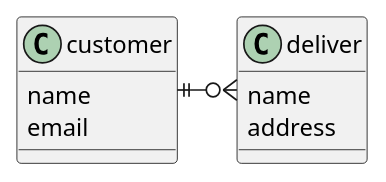
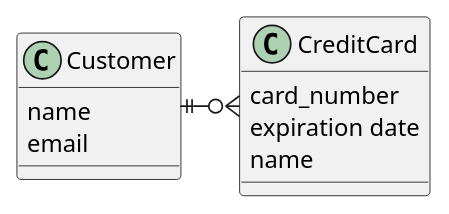
One commit to yinm/uml-modeling-lesson changed the diagram in ch02/sample.puml. Above: the diagram before and after it, drawn with PlantUML.

Commit message:
Add lesson4

```diff
--- a/ch02/sample.puml
+++ b/ch02/sample.puml
@@ -1,15 +1,16 @@
 @startuml
 
-class customer {
+class Customer {
   name
   email
 }
 
-class deliver {
+class CreditCard {
+  card_number
+  expiration date
   name
-  address
 }
 
-customer ||-ri-o{ deliver
+Customer ||-ri-o{ CreditCard
 
 @enduml
```
